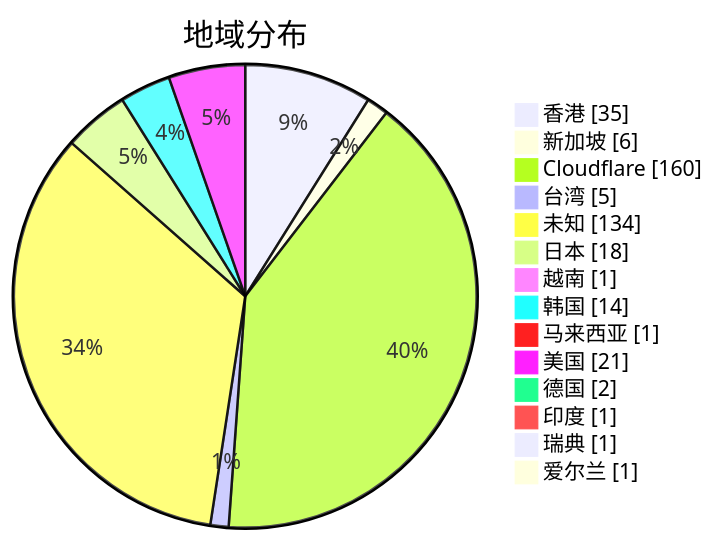
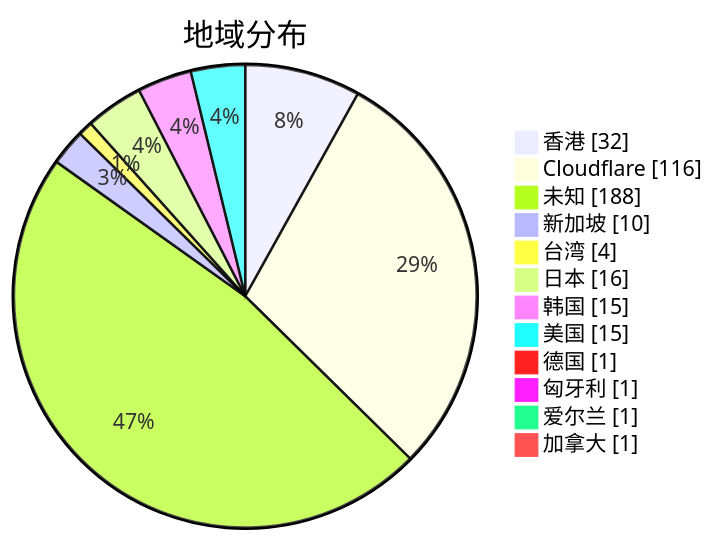
The second of 3 diagrams in subs/statistics/tested_within.md (qjlxg/airport), drawn with Mermaid before and after one commit. The commit also changed other lines of this file and 2 other files, not shown here.

Commit message:
Tested by metaST

````diff
--- a/subs/statistics/tested_within.md
+++ b/subs/statistics/tested_within.md
@@ -13,18 +14,16 @@
 ```mermaid
 pie showData
 title 地域分布
-"香港" : 35
-"新加坡" : 6
-"Cloudflare" : 160
-"台湾" : 5
-"未知" : 134
-"日本" : 18
-"越南" : 1
-"韩国" : 14
-"马来西亚" : 1
-"美国" : 21
-"德国" : 2
-"印度" : 1
-"瑞典" : 1
+"香港" : 32
+"Cloudflare" : 116
+"未知" : 188
+"新加坡" : 10
+"台湾" : 4
+"日本" : 16
+"韩国" : 15
+"美国" : 15
+"德国" : 1
+"匈牙利" : 1
 "爱尔兰" : 1
+"加拿大" : 1
 ```
````
